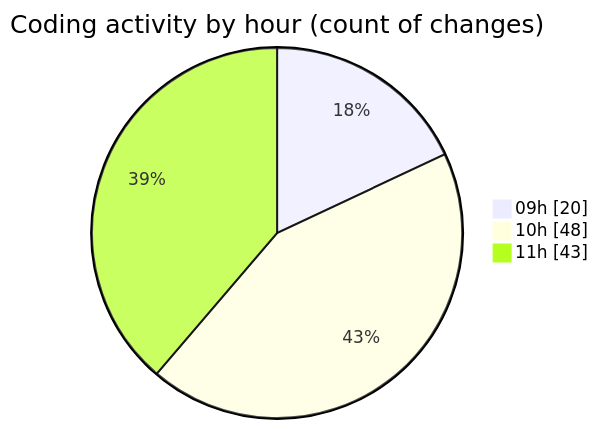
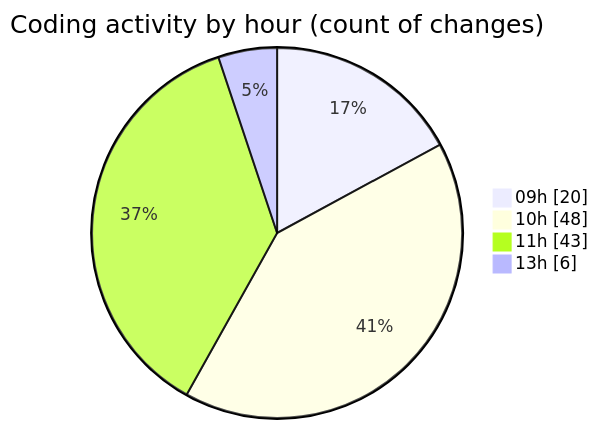
One commit to robertbonfada/code-tracking changed the second of 2 diagrams in 2025-03-19/peregrino-web/README.md. Above: the diagram before and after it, drawn with Mermaid. The commit also changed other lines of this file and 1 other file, not shown here.

````diff
--- a/2025-03-19/peregrino-web/README.md
+++ b/2025-03-19/peregrino-web/README.md
@@ -46,7 +47,8 @@
 ```mermaid
 pie showData
 title Coding activity by hour (count of changes)
 "09h" : 20
 "10h" : 48
 "11h" : 43
+"13h" : 6
 ```
````
